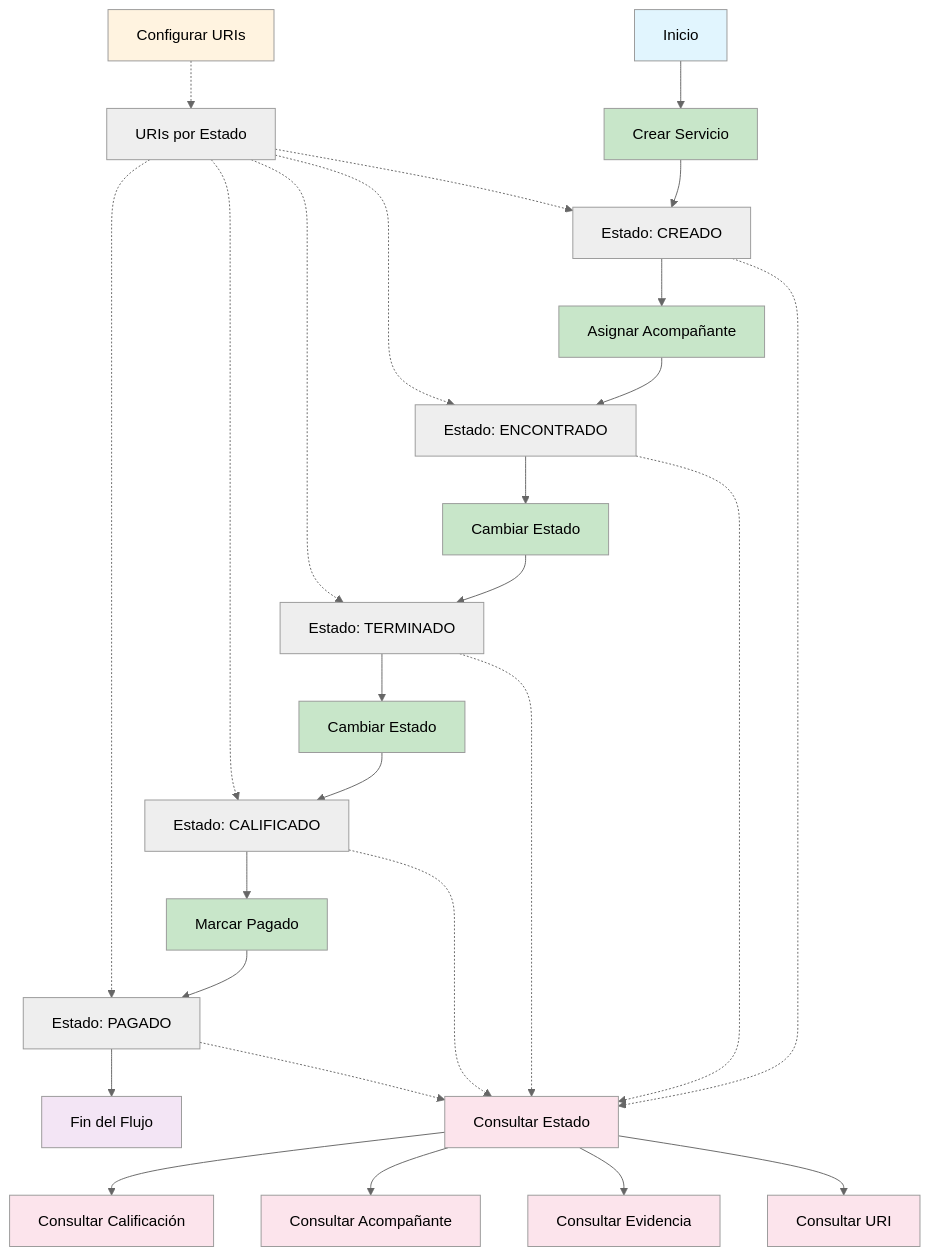
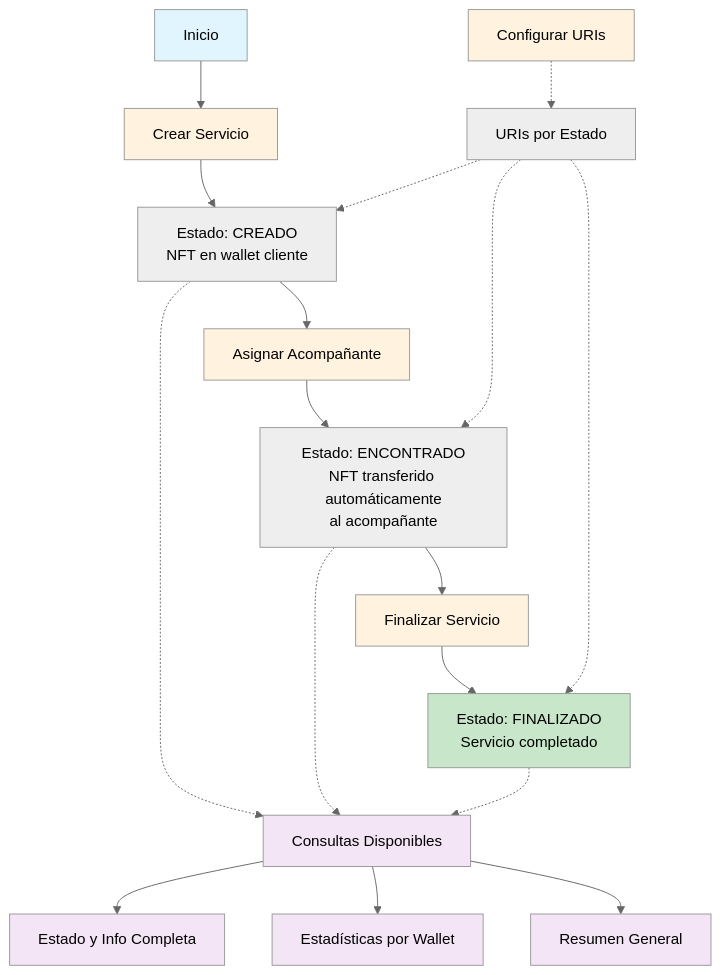
The diagram in README.md (Oriojas/companya_back), drawn with Mermaid (neutral theme) before and after one commit. The commit also changed other lines of this file and 16 other files, not shown here.

````diff
--- a/README.md
+++ b/README.md
@@ -31,53 +33,37 @@
 ```mermaid
 flowchart TD
     A[Inicio] --> B[Crear Servicio]
-    B --> C[Estado: CREADO]
+    B --> C[Estado: CREADO<br/>NFT en wallet cliente]
     
     C --> D[Asignar Acompañante]
-    D --> E[Estado: ENCONTRADO]
+    D --> E[Estado: ENCONTRADO<br/>NFT transferido automáticamente<br/>al acompañante]
     
-    E --> F[Cambiar Estado]
-    F --> G[Estado: TERMINADO]
+    E --> F[Finalizar Servicio]
+    F --> G[Estado: FINALIZADO<br/>Servicio completado]
     
-    G --> H[Cambiar Estado]
-    H --> I[Estado: CALIFICADO]
+    %% Consultas disponibles
+    C -.-> H[Consultas Disponibles]
+    E -.-> H
+    G -.-> H
     
-    I --> J[Marcar Pagado]
-    J --> K[Estado: PAGADO]
+    H --> I[Estado y Info Completa]
+    H --> J[Estadísticas por Wallet]
+    H --> K[Resumen General]
     
-    K --> L[Fin del Flujo]
-    
-    %% Consultas disponibles en cualquier estado
-    C -.-> M[Consultar Estado]
-    E -.-> M
-    G -.-> M
-    I -.-> M
-    K -.-> M
-    
-    M --> N[Consultar Calificación]
-    M --> O[Consultar Acompañante]
-    M --> P[Consultar Evidencia]
-    M --> Q[Consultar URI]
-    
-    %% Configuración de metadatos
-    R[Configurar URIs] -.-> S[URIs por Estado]
-    S -.-> C
-    S -.-> E
-    S -.-> G
-    S -.-> I
-    S -.-> K
+    %% Configuración
+    L[Configurar URIs] -.-> M[URIs por Estado]
+    M -.-> C
+    M -.-> E
+    M -.-> G
     
     style A fill:#e1f5fe
-    style L fill:#f3e5f5
-    style B fill:#c8e6c9
-    style D fill:#c8e6c9
-    style F fill:#c8e6c9
-    style H fill:#c8e6c9
-    style J fill:#c8e6c9
-    style R fill:#fff3e0
-    style M fill:#fce4ec
-    style N fill:#fce4ec
-    style O fill:#fce4ec
-    style P fill:#fce4ec
-    style Q fill:#fce4ec
+    style G fill:#c8e6c9
+    style B fill:#fff3e0
+    style D fill:#fff3e0
+    style F fill:#fff3e0
+    style L fill:#fff3e0
+    style H fill:#f3e5f5
+    style I fill:#f3e5f5
+    style J fill:#f3e5f5
+    style K fill:#f3e5f5
 ```
````
